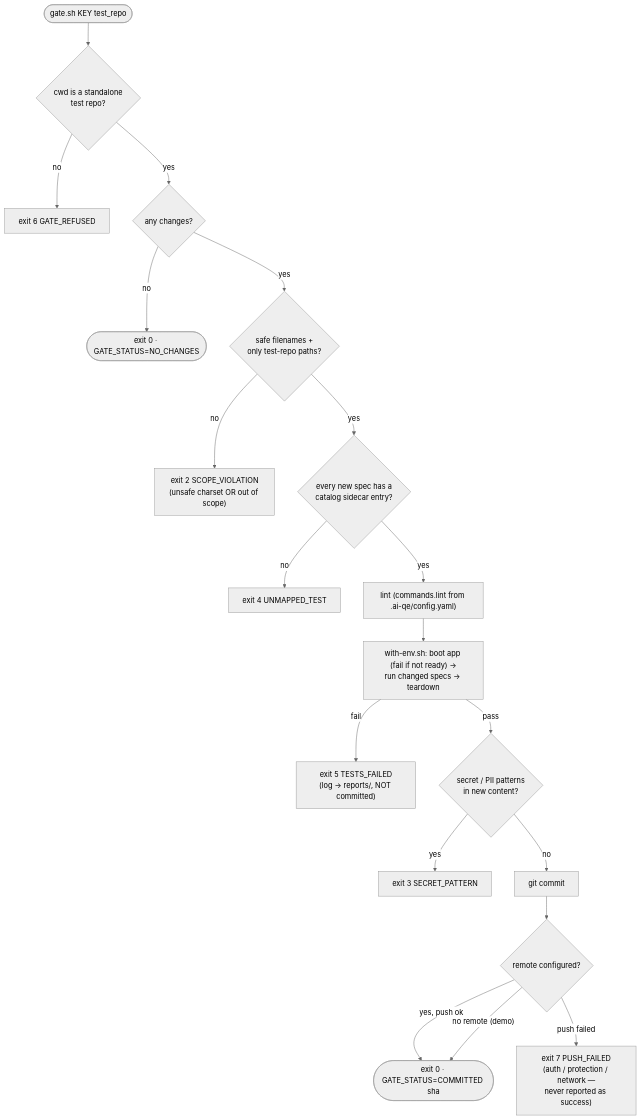
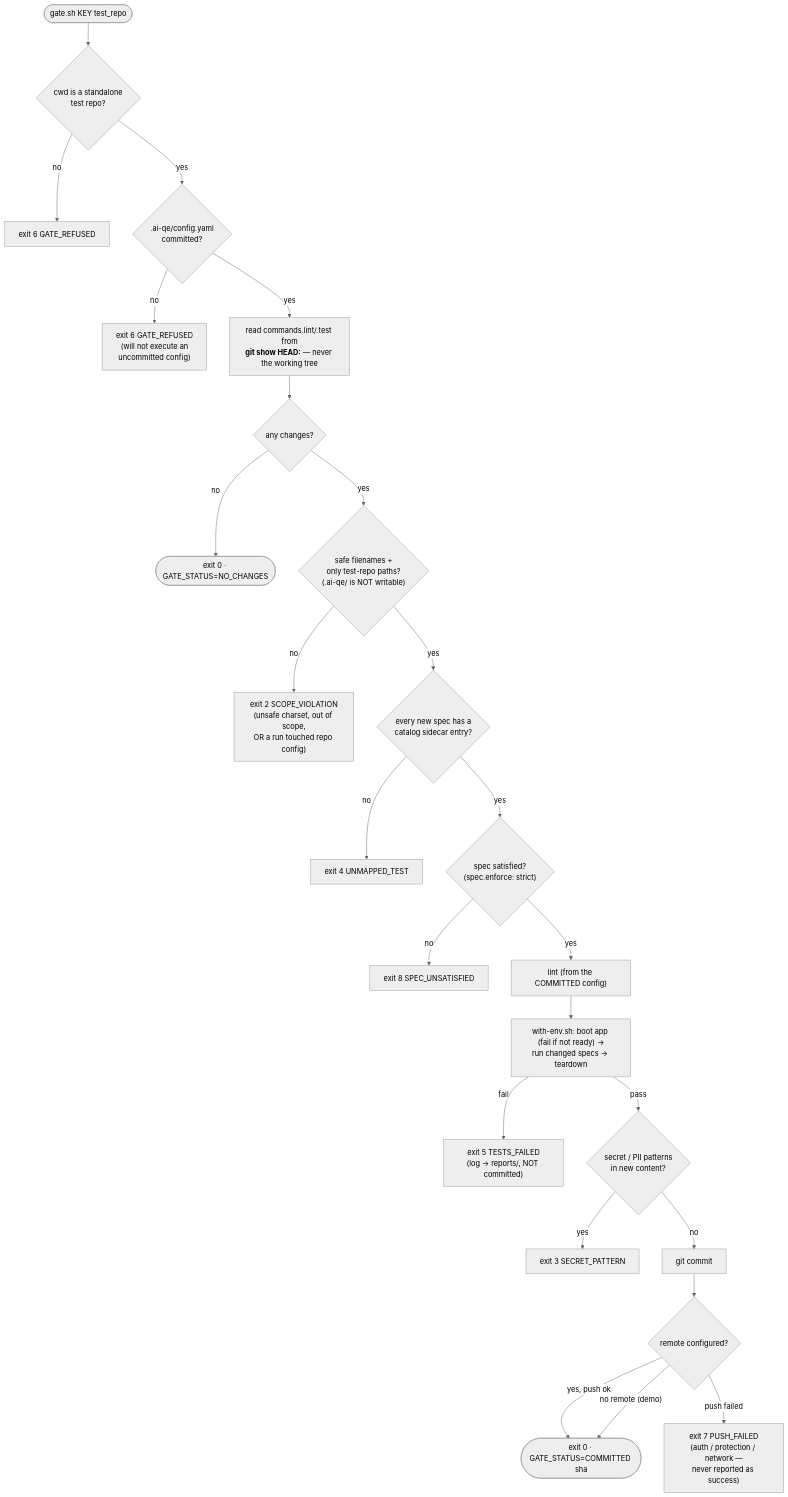
Before and after one commit to anandtopu/auto-tests-gen: the fifth of 18 diagrams in docs/diagrams.md, drawn with Mermaid (neutral theme). The commit also changed other lines of this file and 2 other files, not shown here.

First line of the commit message:
docs: architecture v2.4 + diagrams for this session

````diff
--- a/docs/diagrams.md
+++ b/docs/diagrams.md
@@ -149,21 +149,26 @@
 ```mermaid
 flowchart TD
     S([gate.sh KEY test_repo]) --> T6{cwd is a standalone<br/>test repo?}
     T6 -- no --> E6["exit 6 GATE_REFUSED"]
-    T6 -- yes --> CH{any changes?}
+    T6 -- yes --> CFG{".ai-qe/config.yaml<br/>committed?"}
+    CFG -- no --> E6b["exit 6 GATE_REFUSED<br/>(will not execute an<br/>uncommitted config)"]
+    CFG -- yes --> RD["read commands.lint/.test from<br/><b>git show HEAD:</b> — never the working tree"]
+    RD --> CH{any changes?}
     CH -- no --> OK0(["exit 0 · GATE_STATUS=NO_CHANGES"])
-    CH -- yes --> T2{safe filenames +<br/>only test-repo paths?}
-    T2 -- no --> E2["exit 2 SCOPE_VIOLATION<br/>(unsafe charset OR out of scope)"]
+    CH -- yes --> T2{"safe filenames +<br/>only test-repo paths?<br/>(.ai-qe/ is NOT writable)"}
+    T2 -- no --> E2["exit 2 SCOPE_VIOLATION<br/>(unsafe charset, out of scope,<br/>OR a run touched repo config)"]
     T2 -- yes --> T4{every new spec has a<br/>catalog sidecar entry?}
     T4 -- no --> E4["exit 4 UNMAPPED_TEST"]
-    T4 -- yes --> L["lint (commands.lint from .ai-qe/config.yaml)"]
+    T4 -- yes --> SP{"spec satisfied?<br/>(spec.enforce: strict)"}
+    SP -- no --> E8["exit 8 SPEC_UNSATISFIED"]
+    SP -- yes --> L["lint (from the COMMITTED config)"]
     L --> RUN["with-env.sh: boot app (fail if not ready) →<br/>run changed specs → teardown"]
     RUN -- fail --> E5["exit 5 TESTS_FAILED<br/>(log → reports/, NOT committed)"]
     RUN -- pass --> T3{secret / PII patterns<br/>in new content?}
     T3 -- yes --> E3["exit 3 SECRET_PATTERN"]
     T3 -- no --> CP["git commit"]
     CP --> PUSH{remote configured?}
     PUSH -- yes, push ok --> OK(["exit 0 · GATE_STATUS=COMMITTED sha"])
     PUSH -- no remote (demo) --> OK
     PUSH -- push failed --> E7["exit 7 PUSH_FAILED<br/>(auth / protection / network —<br/>never reported as success)"]
 ```
````
